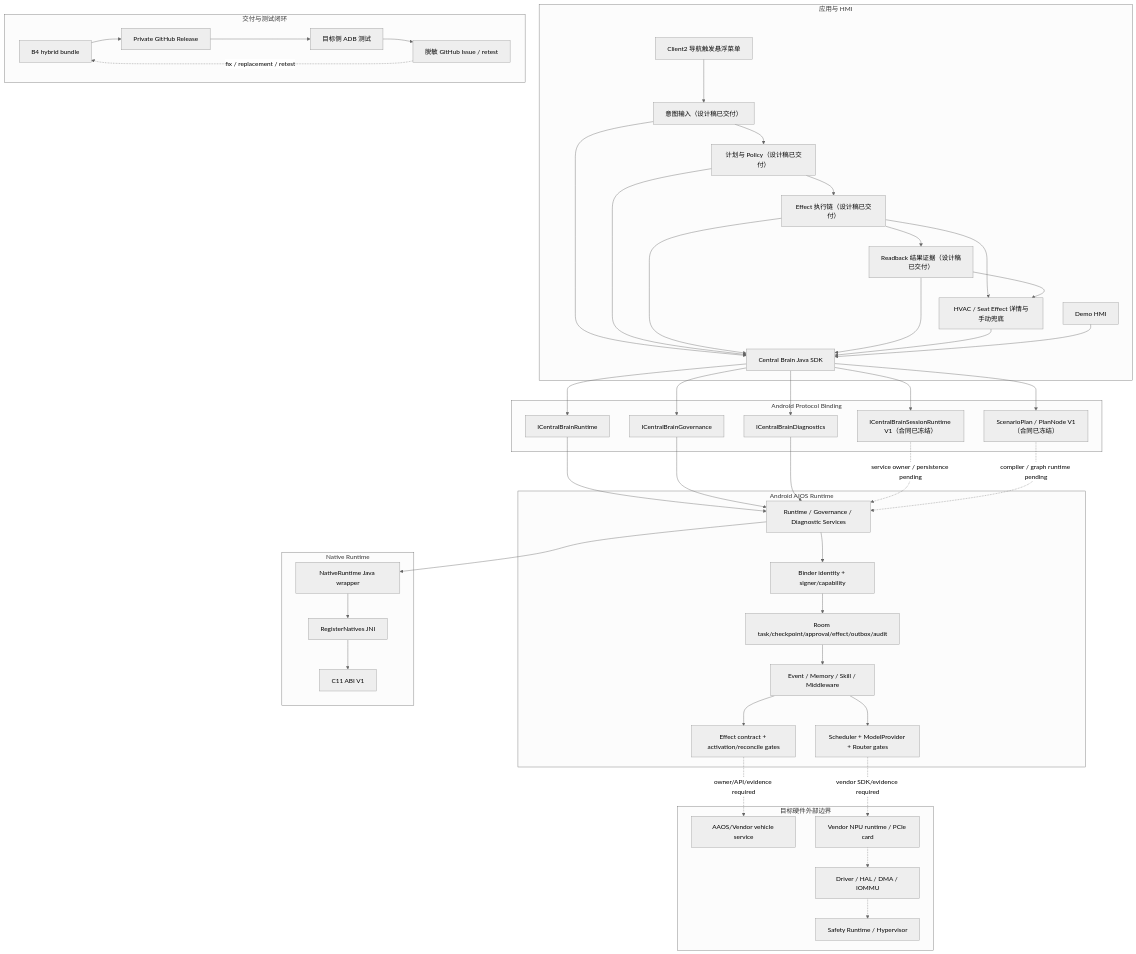
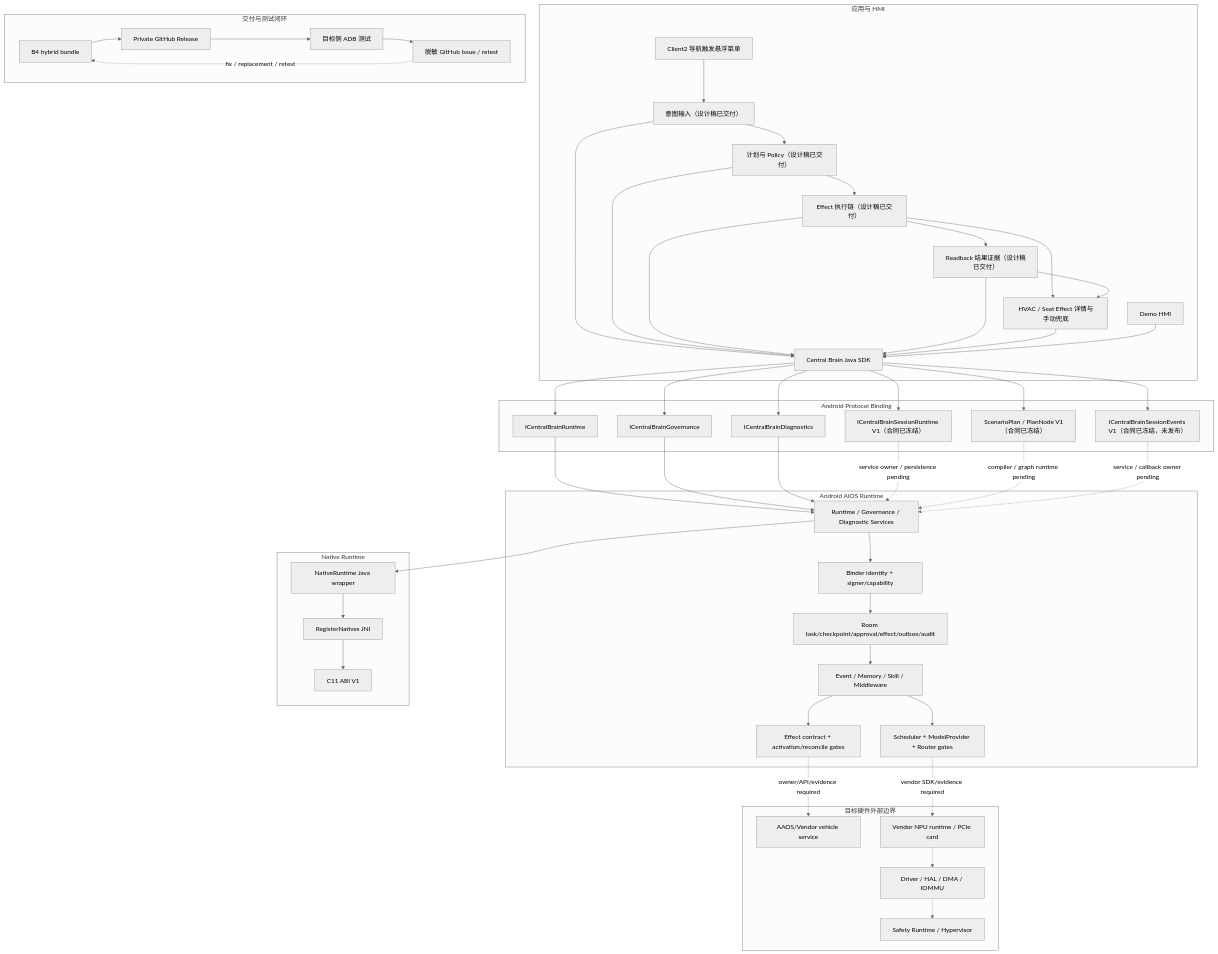
The diagram in README.md (LucasWEIchen/CougarOS), drawn with Mermaid (neutral theme) before and after one commit. The commit also changed other lines of this file and 29 other files, not shown here.

```diff
--- a/README.md
+++ b/README.md
@@ -107,6 +108,7 @@
     DiagApi["ICentralBrainDiagnostics"]
     SessionApi["ICentralBrainSessionRuntime V1（合同已冻结）"]
     PlanContract["ScenarioPlan / PlanNode V1（合同已冻结）"]
+    EventApi["ICentralBrainSessionEvents V1（合同已冻结，未发布）"]
   end
 
   subgraph Runtime["Android AIOS Runtime"]
@@ -152,11 +154,13 @@
   Sdk --> DiagApi
   Sdk --> SessionApi
   Sdk --> PlanContract
+  Sdk --> EventApi
   RuntimeApi --> Services
   GovApi --> Services
   DiagApi --> Services
   SessionApi -. "service owner / persistence pending" .-> Services
   PlanContract -. "compiler / graph runtime pending" .-> Services
+  EventApi -. "service / callback owner pending" .-> Services
   Services --> Identity --> Durable
   Durable --> Domains
   Domains --> Model
```
